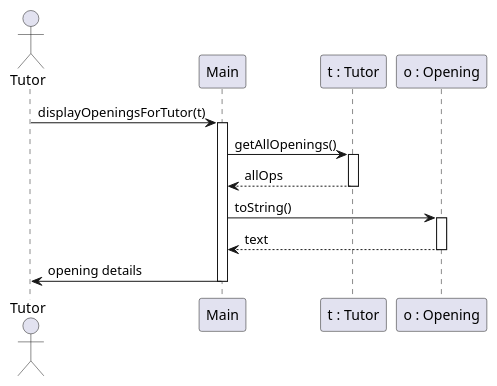
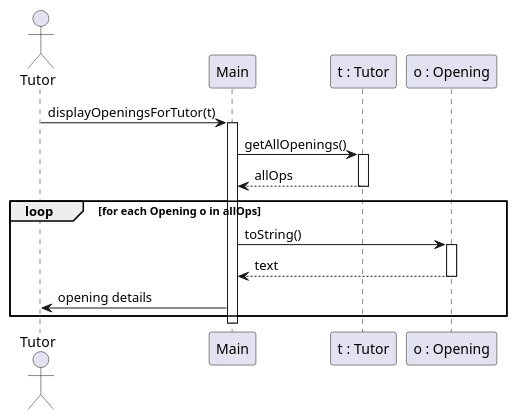
The diagram in docs/display-openings-tutor-sequence.puml (localhost433/OOPFinalProject), drawn with PlantUML before and after one commit.

Commit message:
added loop

```diff
--- a/docs/display-openings-tutor-sequence.puml
+++ b/docs/display-openings-tutor-sequence.puml
@@ -1,27 +1,29 @@
 @startuml display-openings-tutor-sequence
 ' Sequence diagram — Display openings for tutor (Main.displayOpeningsForTutor)
 
 actor Tutor as tutor
 
 participant "Main" as main
 participant "t : Tutor" as tObj
 participant "o : Opening" as open
 
 tutor -> main : displayOpeningsForTutor(t)
 activate main
 
 main -> tObj : getAllOpenings()
 activate tObj
 tObj --> main : allOps
 deactivate tObj
 
-main -> open : toString()
-activate open
-open --> main : text
-deactivate open
+loop for each Opening o in allOps
+    main -> open : toString()
+    activate open
+    open --> main : text
+    deactivate open
 
-main -> tutor : opening details
+    main -> tutor : opening details
+end
 
 deactivate main
 
 @enduml
```
